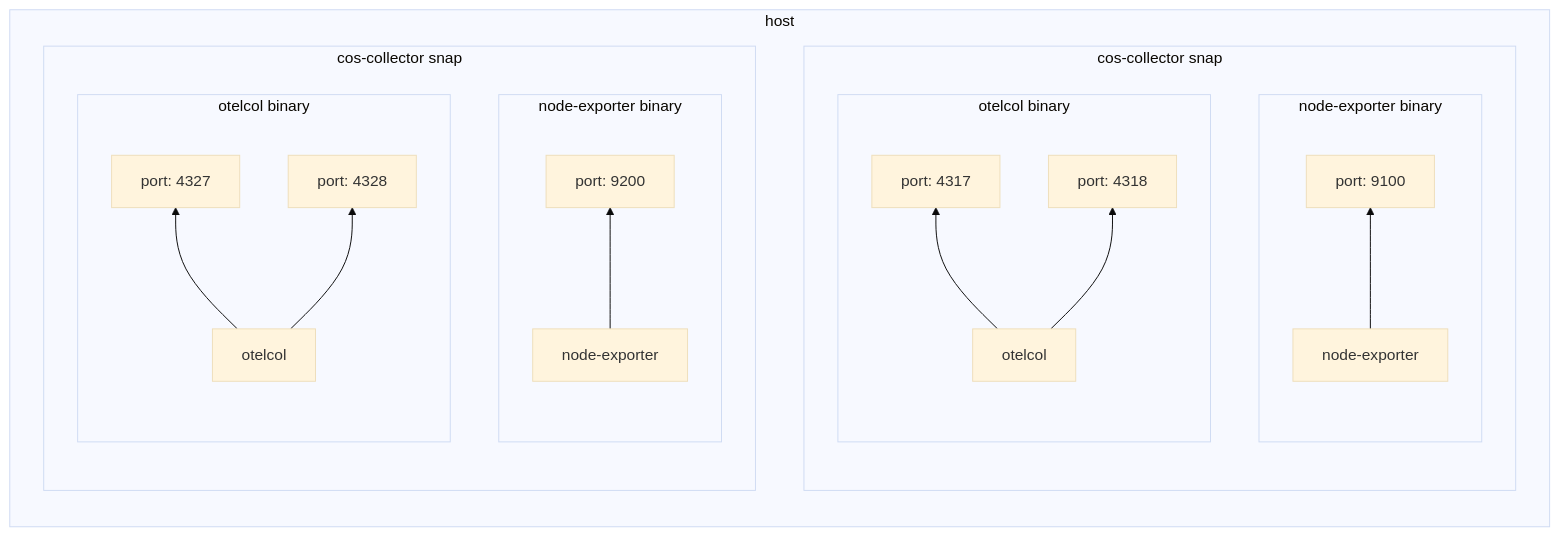
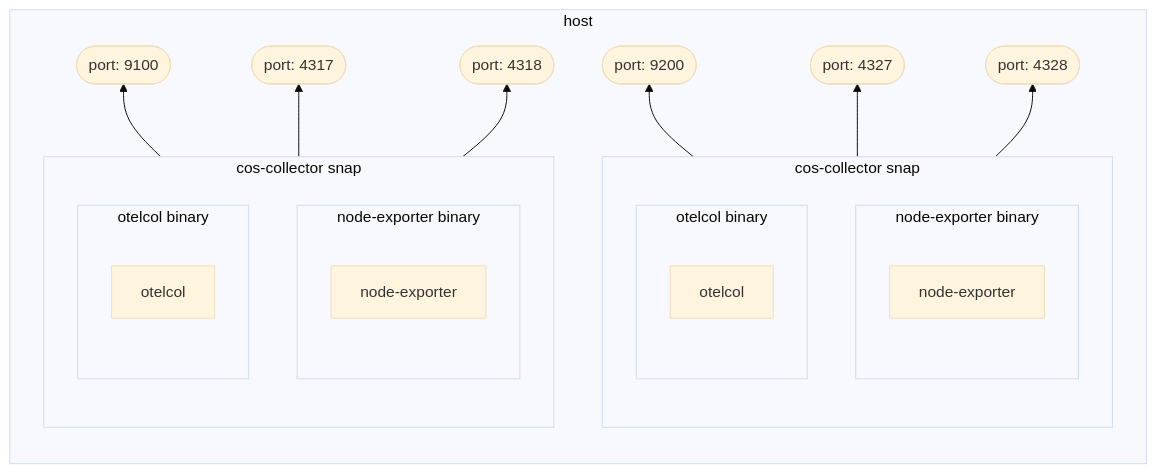
The second of 7 diagrams in decision-records/2025-03-20--node-exporter-otelcol-adr.md (canonical/observability), drawn with Mermaid (base theme) before and after one commit. The commit also changed other lines of this file, not shown here.

Commit message:
improve diagrams by bounding the ports to the host

````diff
--- a/decision-records/2025-03-20--node-exporter-otelcol-adr.md
+++ b/decision-records/2025-03-20--node-exporter-otelcol-adr.md
@@ -75,41 +75,41 @@
 ```mermaid
 flowchart LR
 subgraph host
+    direction BT
+    port9100(["port: 9100"])
+    port4317(["port: 4317"])
+    port4318(["port: 4318"])
+    port9200(["port: 9200"])
+    port4327(["port: 4327"])
+    port4328(["port: 4328"])
     subgraph snap1["cos-collector snap"]
             direction BT
         subgraph binary1["node-exporter binary"]
             direction BT
-            port9100["port: 9100"]
             node-exporter1["node-exporter"]
-            node-exporter1 --> port9100
         end
         subgraph binary2["otelcol binary"]
             direction BT
-
-            port4317["port: 4317"]
-            port4318["port: 4318"]
             otelcol1["otelcol"]
-            otelcol1 --> port4317
-            otelcol1 --> port4318
         end
     end
     subgraph snap2["cos-collector snap"]
             direction BT
 
         subgraph binary3["node-exporter binary"]
             direction BT
-            port9200["port: 9200"]
             node-exporter2["node-exporter"]
-            node-exporter2 --> port9200
         end
         subgraph binary4["otelcol binary"]
             direction BT
-            port4327["port: 4327"]
-            port4328["port: 4328"]
             otelcol2["otelcol"]
-            otelcol2 --> port4327
-            otelcol2 --> port4328
         end
     end
+    node-exporter1 --> port9100
+    otelcol1 --> port4317
+    otelcol1 --> port4318
+    node-exporter2 --> port9200
+    otelcol2 --> port4327
+    otelcol2 --> port4328
 end
 ```
````
